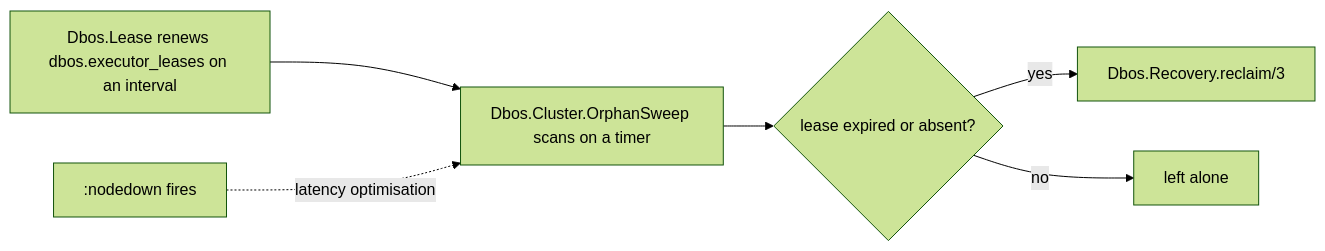
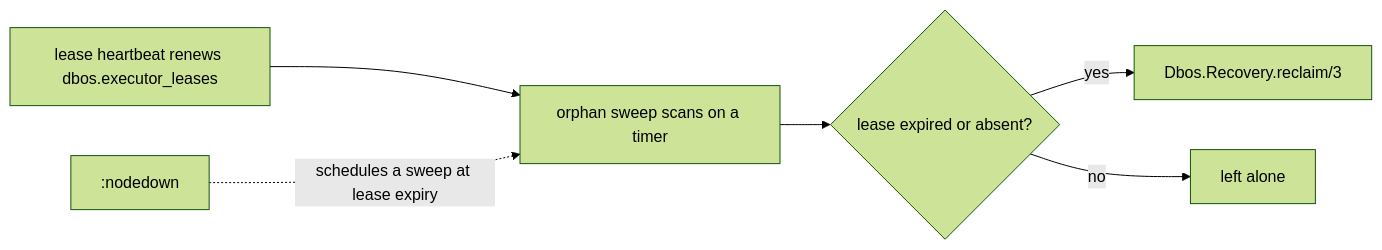
The diagram in docs/clustering.md (mbuhot/dbos_elixir), drawn with Mermaid (forest theme) before and after one commit. The commit also changed other lines of this file and 61 other files, not shown here.

````diff
--- a/docs/clustering.md
+++ b/docs/clustering.md
@@ -23,8 +17,8 @@
 ```mermaid
 flowchart LR
-    A["Dbos.Lease renews dbos.executor_leases on an interval"] --> B["Dbos.Cluster.OrphanSweep scans on a timer"]
-    C[":nodedown fires"] -.latency optimisation.-> B
+    A["lease heartbeat renews dbos.executor_leases"] --> B["orphan sweep scans on a timer"]
+    C[":nodedown"] -.schedules a sweep at lease expiry.-> B
     B --> D{"lease expired or absent?"}
     D -- yes --> E["Dbos.Recovery.reclaim/3"]
     D -- no --> F["left alone"]
 ```
````
